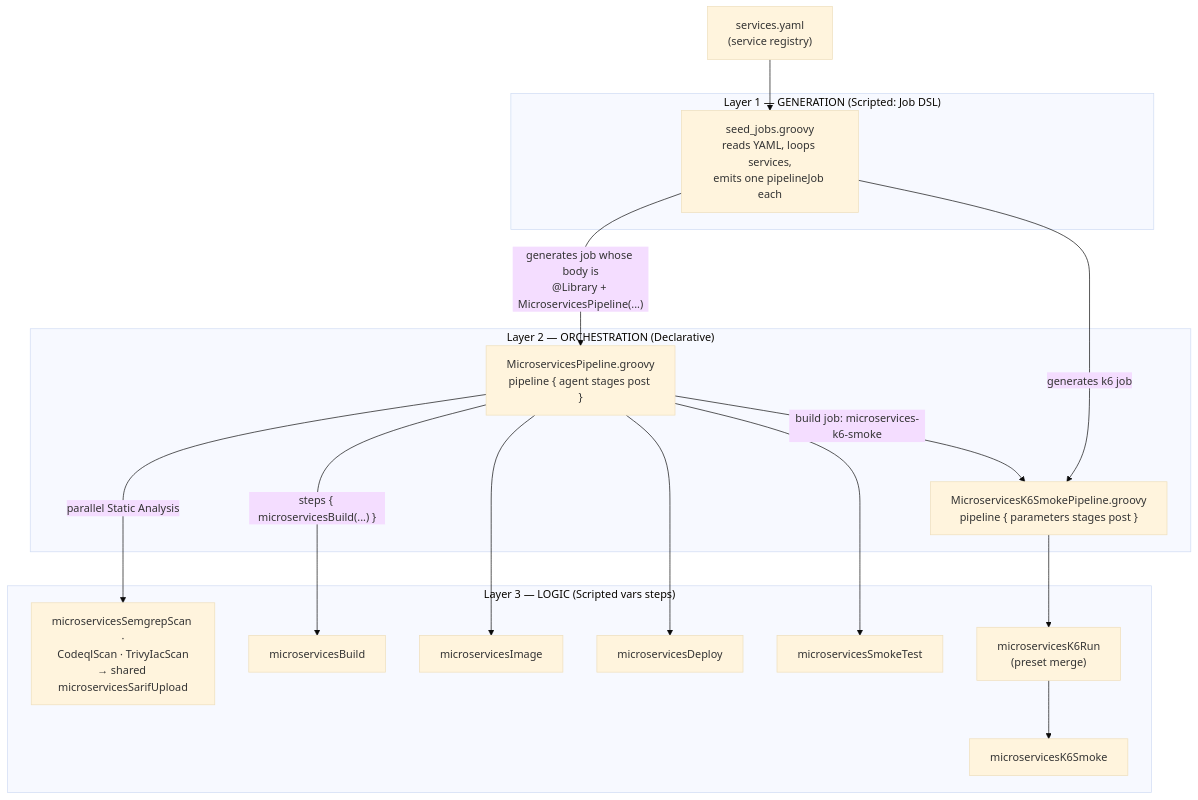
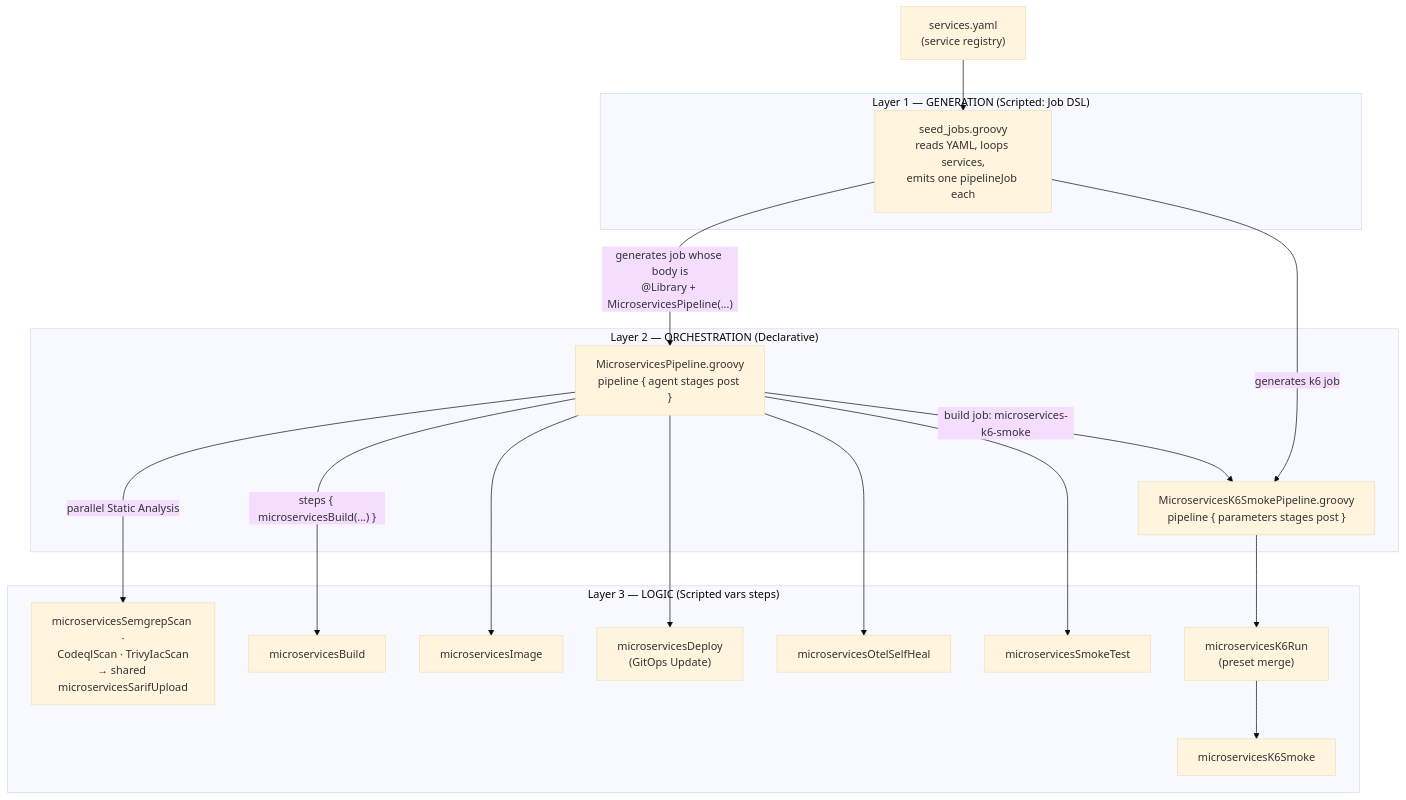
One commit to nubenetes/jenkins-2026 changed the third of 7 diagrams in docs/403-DECLARATIVE_VS_SCRIPTED.md. Above: the diagram before and after it, drawn with Mermaid (base theme). The commit also changed other lines of this file and 13 other files, not shown here.

````diff
--- a/docs/403-DECLARATIVE_VS_SCRIPTED.md
+++ b/docs/403-DECLARATIVE_VS_SCRIPTED.md
@@ -559,31 +559,33 @@
 ```mermaid
 flowchart TD
     YAML["services.yaml<br/>(service registry)"]
     subgraph L1["Layer 1 — GENERATION (Scripted: Job DSL)"]
         SEED["seed_jobs.groovy<br/>reads YAML, loops services,<br/>emits one pipelineJob each"]
     end
     subgraph L2["Layer 2 — ORCHESTRATION (Declarative)"]
         MP["MicroservicesPipeline.groovy<br/>pipeline { agent stages post }"]
         K6P["MicroservicesK6SmokePipeline.groovy<br/>pipeline { parameters stages post }"]
     end
     subgraph L3["Layer 3 — LOGIC (Scripted vars steps)"]
         SC["microservicesSemgrepScan ·<br/>CodeqlScan · TrivyIacScan<br/>→ shared microservicesSarifUpload"]
         B["microservicesBuild"]
         I["microservicesImage"]
-        D["microservicesDeploy"]
+        D["microservicesDeploy<br/>(GitOps Update)"]
+        SH["microservicesOtelSelfHeal"]
         S["microservicesSmokeTest"]
         K6R["microservicesK6Run<br/>(preset merge)"]
         K["microservicesK6Smoke"]
     end
     YAML --> SEED
     SEED -->|"generates job whose body is<br/>@Library + MicroservicesPipeline(...)"| MP
     SEED -->|"generates k6 job"| K6P
     MP -->|"parallel Static Analysis"| SC
     MP -->|"steps { microservicesBuild(...) }"| B
     MP --> I
     MP --> D
+    MP --> SH
     MP --> S
     MP -->|"build job: microservices-k6-smoke"| K6P
     K6P --> K6R
     K6R --> K
 ```
````
